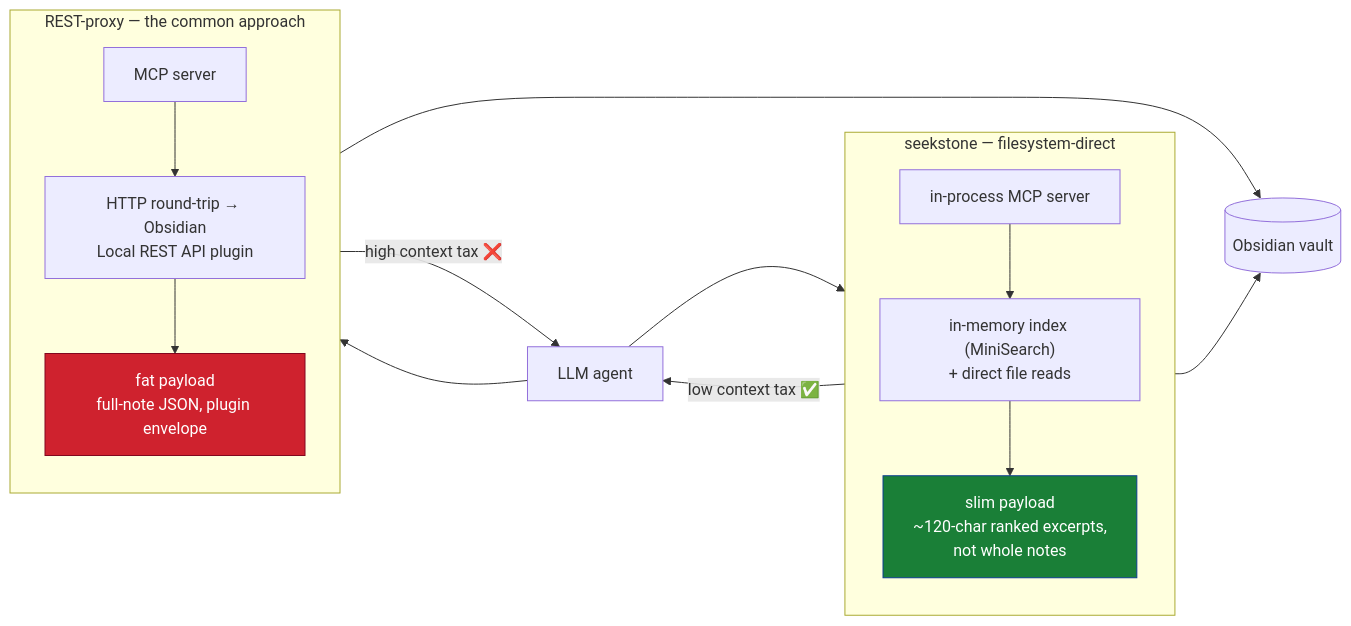
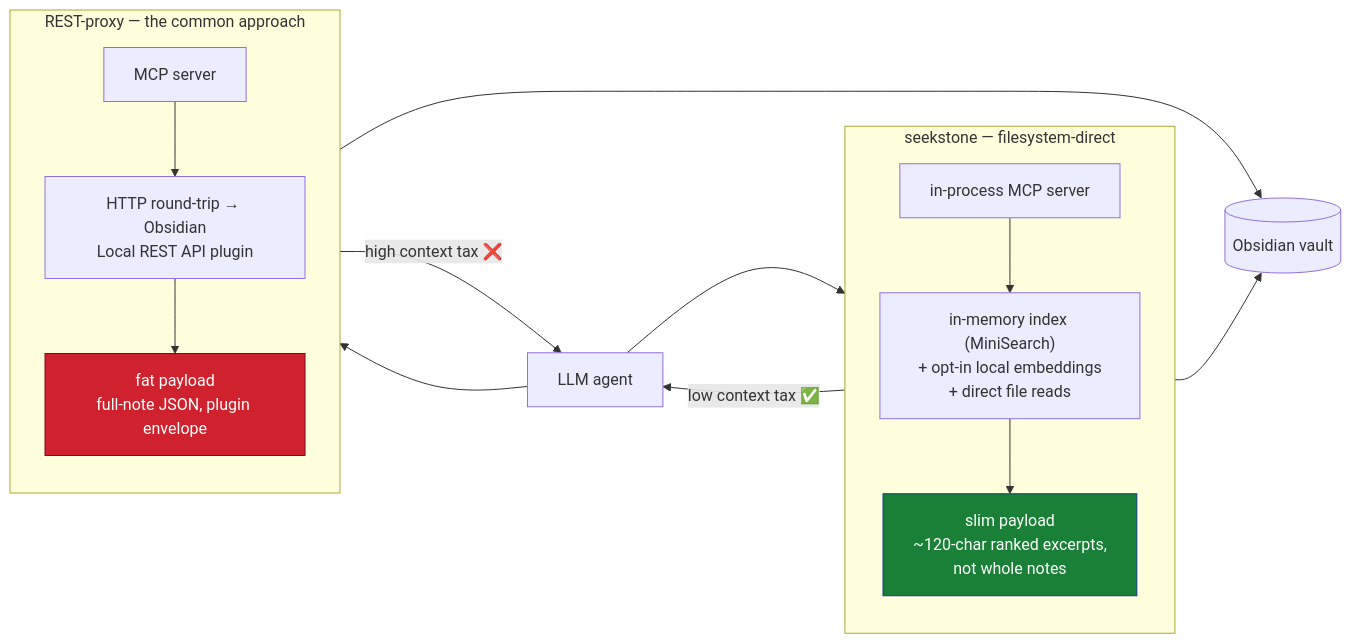
The fifth of 5 diagrams in docs/ARCHITECTURE.md (shaqmughal/seekstone), drawn with Mermaid before and after one commit. The commit also changed other lines of this file and 17 other files, not shown here.

First line of the commit message:
docs: repo-wide drift audit — diagrams, network claims, guard hardening (#269)

````diff
--- a/docs/ARCHITECTURE.md
+++ b/docs/ARCHITECTURE.md
@@ -285,34 +349,34 @@
 ```mermaid
 flowchart LR
     agent["LLM agent"]
 
     subgraph seekpath["seekstone — filesystem-direct"]
         direction TB
         s1["in-process MCP server"]
-        s2["in-memory index (MiniSearch)<br/>+ direct file reads"]
+        s2["in-memory index (MiniSearch)<br/>+ opt-in local embeddings<br/>+ direct file reads"]
         s3["slim payload<br/>~120-char ranked excerpts,<br/>not whole notes"]
         s1 --> s2 --> s3
     end
 
     subgraph restpath["REST-proxy — the common approach"]
         direction TB
         r1["MCP server"]
         r2["HTTP round-trip → Obsidian<br/>Local REST API plugin"]
         r3["fat payload<br/>full-note JSON, plugin envelope"]
         r1 --> r2 --> r3
     end
 
     vault[("Obsidian vault")]
 
     agent --> s1
     agent --> r1
     s2 --> vault
     r2 --> vault
     s3 -->|"low context tax ✅"| agent
     r3 -->|"high context tax ❌"| agent
 
     classDef good fill:#1a7f37,stroke:#0b3d91,color:#fff;
     classDef bad fill:#cf222e,stroke:#82071e,color:#fff;
     class s3 good;
     class r3 bad;
 ```
````
